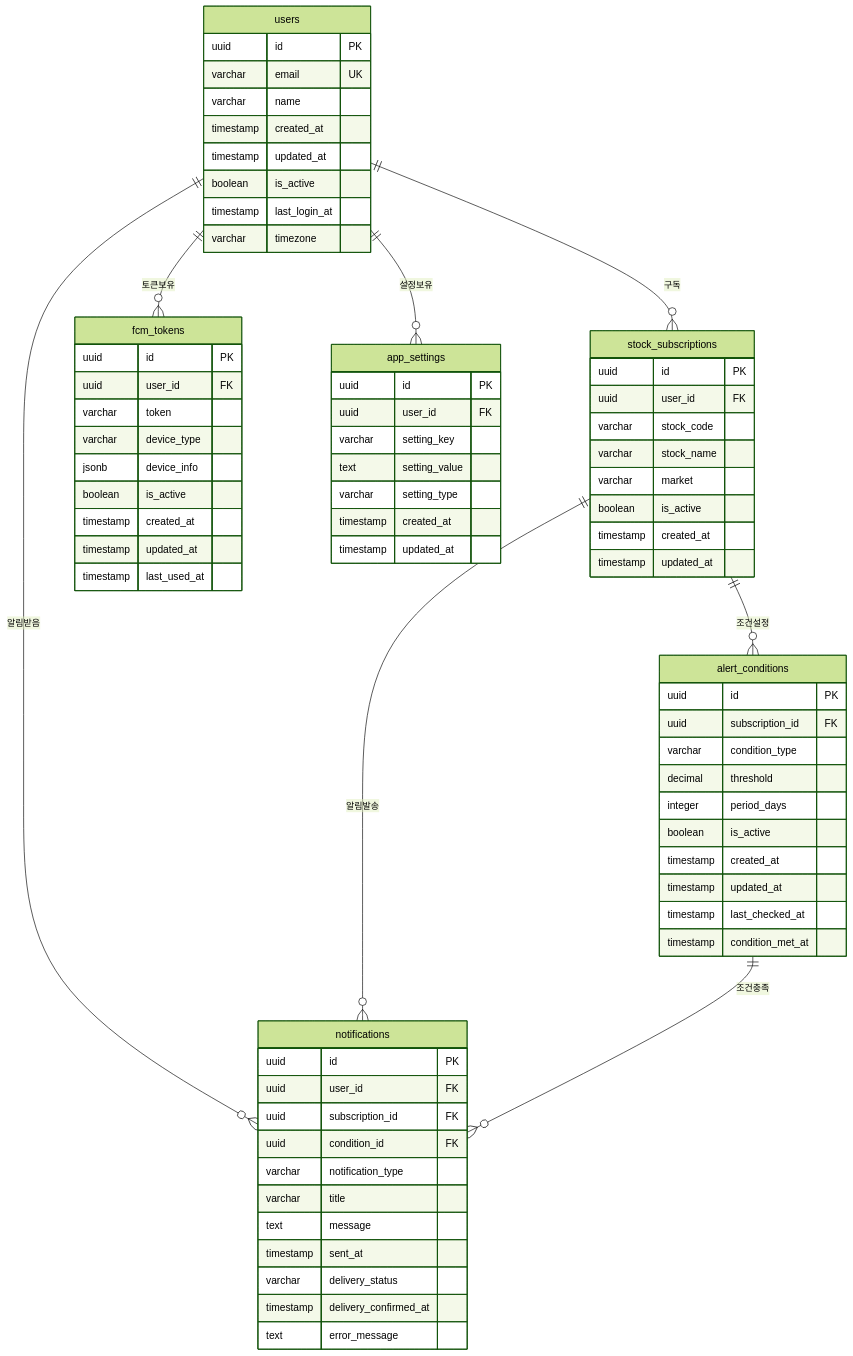
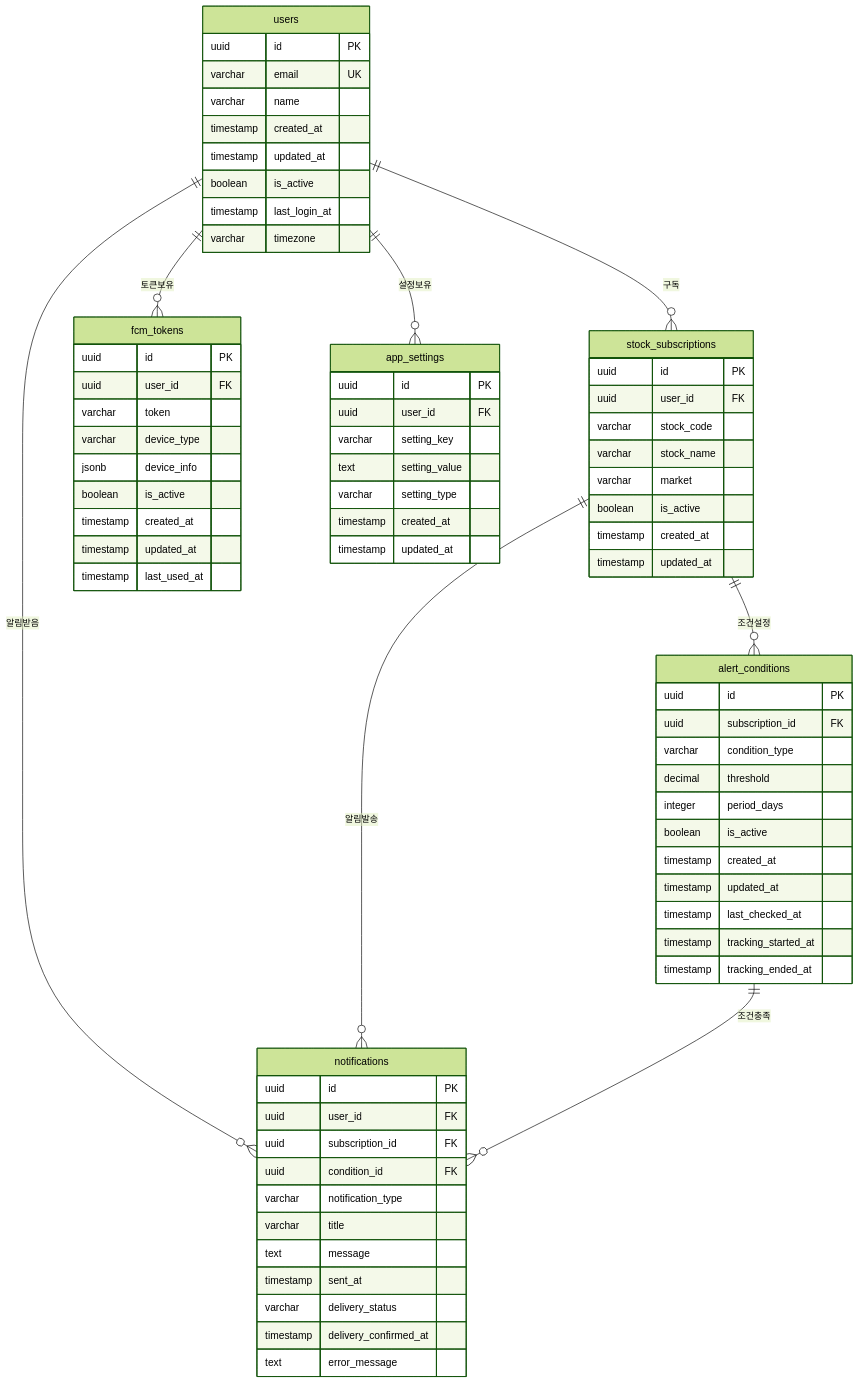
One commit to wnltns/stock-alert changed the diagram in docs/database-schema.md. Above: the diagram before and after it, drawn with Mermaid (forest theme). The commit also changed other lines of this file and 5 other files, not shown here.

```diff
--- a/docs/database-schema.md
+++ b/docs/database-schema.md
@@ -248,7 +250,8 @@
         timestamp created_at
         timestamp updated_at
         timestamp last_checked_at
-        timestamp condition_met_at
+        timestamp tracking_started_at
+        timestamp tracking_ended_at
     }
     
     
```
